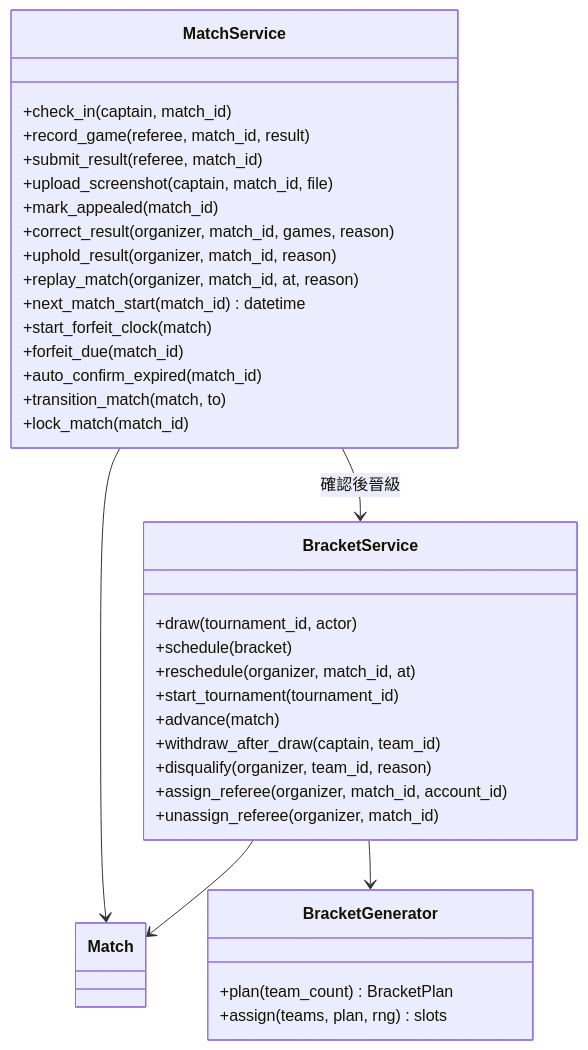
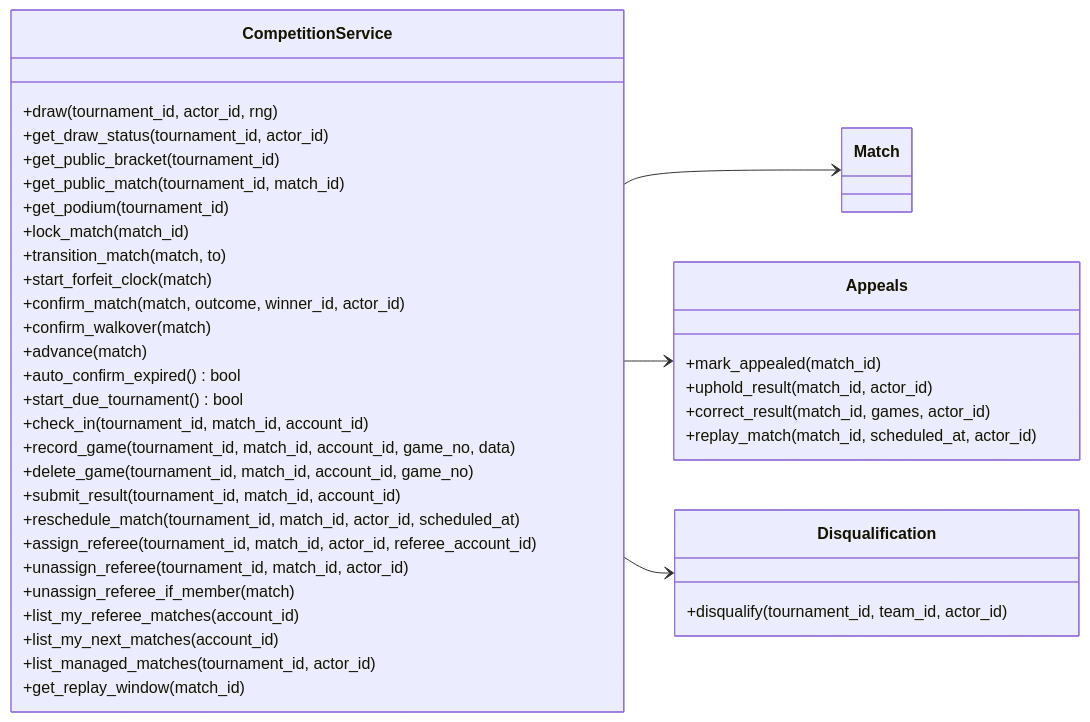
Diagram 11 of 15 in docs/midterm/D-物件設計文件.md (Team14good/esport-platform), drawn with Mermaid before and after one commit. The commit also changed other lines of this file and 14 other files, not shown here.

````diff
--- a/docs/midterm/D-物件設計文件.md
+++ b/docs/midterm/D-物件設計文件.md
@@ -486,39 +549,44 @@
 ```mermaid
 classDiagram
+  direction LR
   class Match
-  class BracketGenerator {
-    +plan(team_count) BracketPlan
-    +assign(teams, plan, rng) slots
+  class CompetitionService {
+    +draw(tournament_id, actor_id, rng)
+    +get_draw_status(tournament_id, actor_id)
+    +get_public_bracket(tournament_id)
+    +get_public_match(tournament_id, match_id)
+    +get_podium(tournament_id)
+    +lock_match(match_id)
+    +transition_match(match, to)
+    +start_forfeit_clock(match)
+    +confirm_match(match, outcome, winner_id, actor_id)
+    +confirm_walkover(match)
+    +advance(match)
+    +auto_confirm_expired() bool
+    +start_due_tournament() bool
+    +check_in(tournament_id, match_id, account_id)
+    +record_game(tournament_id, match_id, account_id, game_no, data)
+    +delete_game(tournament_id, match_id, account_id, game_no)
+    +submit_result(tournament_id, match_id, account_id)
+    +reschedule_match(tournament_id, match_id, actor_id, scheduled_at)
+    +assign_referee(tournament_id, match_id, actor_id, referee_account_id)
+    +unassign_referee(tournament_id, match_id, actor_id)
+    +unassign_referee_if_member(match)
+    +list_my_referee_matches(account_id)
+    +list_my_next_matches(account_id)
+    +list_managed_matches(tournament_id, actor_id)
+    +get_replay_window(match_id)
   }
-  class BracketService {
-    +draw(tournament_id, actor)
-    +schedule(bracket)
-    +reschedule(organizer, match_id, at)
-    +start_tournament(tournament_id)
-    +advance(match)
-    +withdraw_after_draw(captain, team_id)
-    +disqualify(organizer, team_id, reason)
-    +assign_referee(organizer, match_id, account_id)
-    +unassign_referee(organizer, match_id)
+  class Appeals {
+    +mark_appealed(match_id)
+    +uphold_result(match_id, actor_id)
+    +correct_result(match_id, games, actor_id)
+    +replay_match(match_id, scheduled_at, actor_id)
   }
-  class MatchService {
-    +check_in(captain, match_id)
-    +record_game(referee, match_id, result)
-    +submit_result(referee, match_id)
-    +upload_screenshot(captain, match_id, file)
-    +mark_appealed(match_id)
-    +correct_result(organizer, match_id, games, reason)
-    +uphold_result(organizer, match_id, reason)
-    +replay_match(organizer, match_id, at, reason)
-    +next_match_start(match_id) datetime
-    +start_forfeit_clock(match)
-    +forfeit_due(match_id)
-    +auto_confirm_expired(match_id)
-    +transition_match(match, to)
-    +lock_match(match_id)
+  class Disqualification {
+    +disqualify(tournament_id, team_id, actor_id)
   }
-  BracketService --> BracketGenerator
-  BracketService --> Match
-  MatchService --> Match
-  MatchService --> BracketService : 確認後晉級
+  CompetitionService --> Match
+  CompetitionService --> Appeals
+  CompetitionService --> Disqualification
 ```
````
